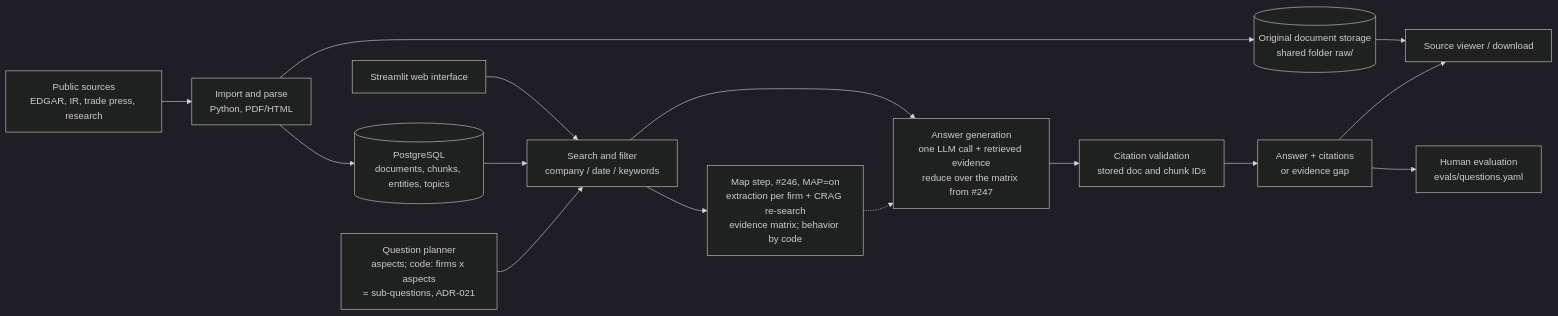
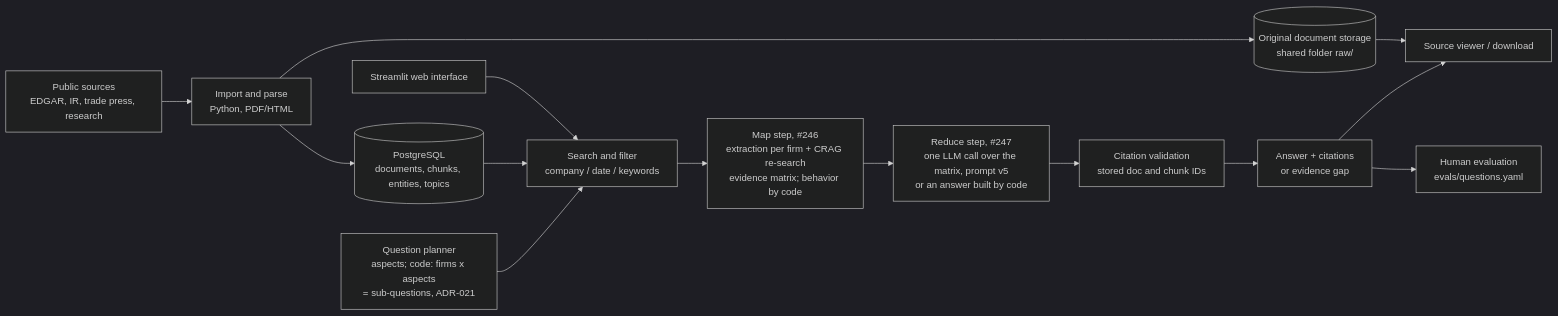
One commit to RENEGADES20/Competitive-Evidence-Engine-EDJ changed the diagram in docs/ARCHITECTURE.md. Above: the diagram before and after it, drawn with Mermaid (dark theme). The commit also changed 4 other files, not shown here.

Commit message:
#247: specs, ADR-021 amendment, architecture and RUN docs for the reduce step

````diff
--- a/docs/ARCHITECTURE.md
+++ b/docs/ARCHITECTURE.md
@@ -8,17 +8,16 @@
 ```mermaid
 flowchart LR
     A[Public sources<br/>EDGAR, IR, trade press, research] --> B[Import and parse<br/>Python, PDF/HTML]
     B --> C[(Original document storage<br/>shared folder raw/)]
     B --> D[(PostgreSQL<br/>documents, chunks, entities, topics)]
     E[Streamlit web interface] --> F[Search and filter<br/>company / date / keywords]
     D --> F
     P[Question planner<br/>aspects; code: firms x aspects<br/>= sub-questions, ADR-021] --> F
-    F --> M[Map step, #246, MAP=on<br/>extraction per firm + CRAG re-search<br/>evidence matrix; behavior by code]
-    F --> G[Answer generation<br/>one LLM call + retrieved evidence<br/>reduce over the matrix from #247]
-    M -.-> G
+    F --> M[Map step, #246<br/>extraction per firm + CRAG re-search<br/>evidence matrix; behavior by code]
+    M --> G[Reduce step, #247<br/>one LLM call over the matrix, prompt v5<br/>or an answer built by code]
     G --> H[Citation validation<br/>stored doc and chunk IDs]
     H --> I[Answer + citations<br/>or evidence gap]
     I --> J[Human evaluation<br/>evals/questions.yaml]
     C --> K[Source viewer / download]
     I --> K
 ```
````
